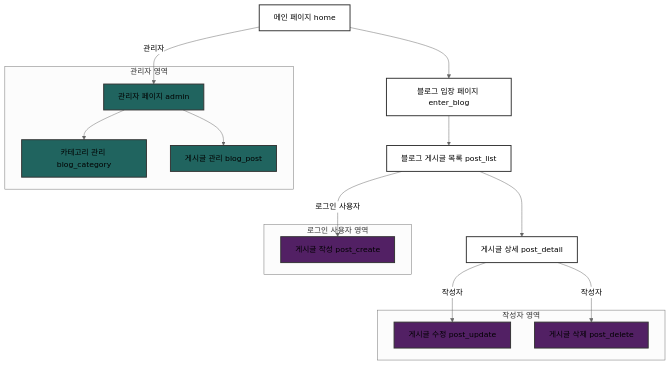
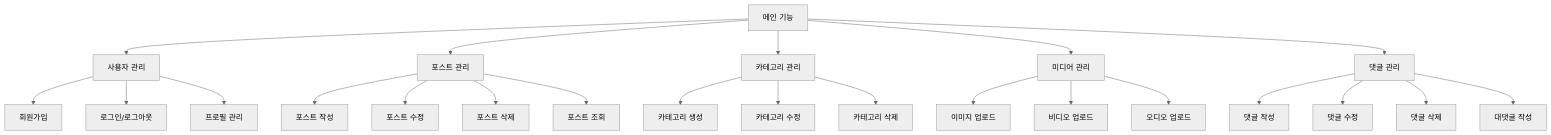
One commit to heeeee-github/travel_blog changed the third of 4 diagrams in README.md. Above: the diagram before and after it, drawn with Mermaid (neutral theme). The commit also changed other lines of this file and 75 other files, not shown here.

````diff
--- a/README.md
+++ b/README.md
@@ -131,33 +125,30 @@
 ```mermaid
 graph TD
-    A[메인 페이지 home] --> B[블로그 입장 페이지 enter_blog]
-    B --> C[블로그 게시글 목록 post_list]
-    C --> D[게시글 상세 post_detail]
-    C --> |로그인 사용자|E[게시글 작성 post_create]
-    D --> |작성자|F[게시글 수정 post_update]
-    D --> |작성자|G[게시글 삭제 post_delete]
-    A --> |관리자|H[관리자 페이지 admin]
-    H --> I[카테고리 관리 blog_category]
-    H --> J[게시글 관리 blog_post]
+    A[메인 기능] --> B[사용자 관리]
+    A --> C[포스트 관리]
+    A --> D[카테고리 관리]
+    A --> E[미디어 관리]
+    A --> F[댓글 관리]
 
-    subgraph 로그인 사용자 영역
-        E
-    end
+    B --> B1[회원가입]
+    B --> B2[로그인/로그아웃]
+    B --> B3[프로필 관리]
 
-    subgraph 작성자 영역
-        F
-        G
-    end
+    C --> C1[포스트 작성]
+    C --> C2[포스트 수정]
+    C --> C3[포스트 삭제]
+    C --> C4[포스트 조회]
 
-    subgraph 관리자 영역
-        H
-        I
-        J
-    end
+    D --> D1[카테고리 생성]
+    D --> D2[카테고리 수정]
+    D --> D3[카테고리 삭제]
 
-    classDef default fill:#ffffff,stroke:#333,stroke-width:2px;
-    classDef loggedIn fill:#522064,stroke:#333,stroke-width:2px;
-    classDef admin fill:#20645f,stroke:#333,stroke-width:2px;
-    class E,F,G loggedIn;
-    class H,I,J admin;
+    E --> E1[이미지 업로드]
+    E --> E2[비디오 업로드]
+    E --> E3[오디오 업로드]
+
+    F --> F1[댓글 작성]
+    F --> F2[댓글 수정]
+    F --> F3[댓글 삭제]
+    F --> F4[대댓글 작성]
 ```
````
